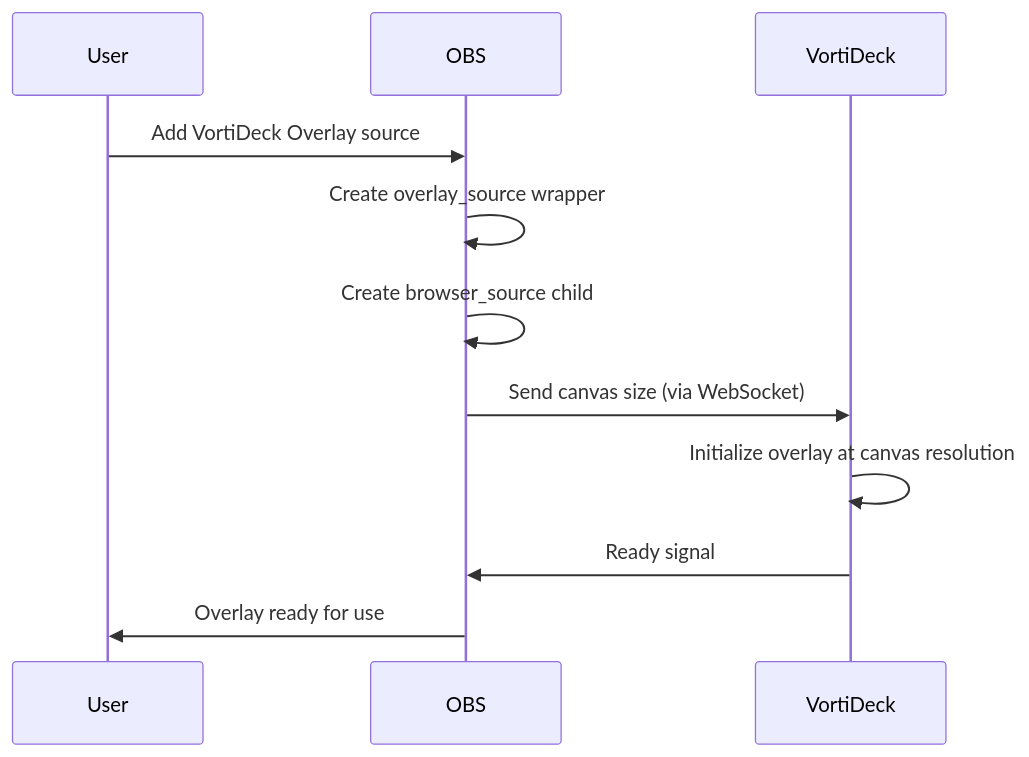
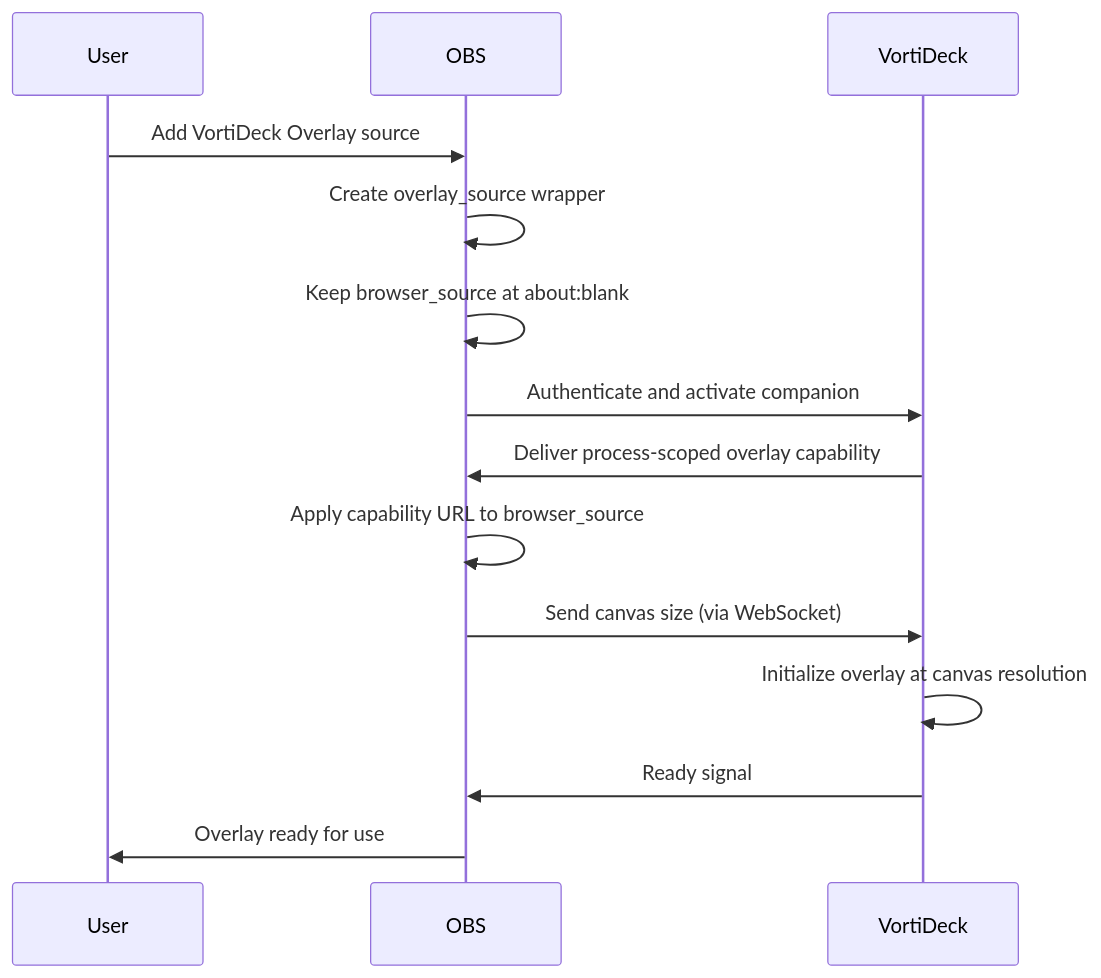
One commit to alexiokay/OBS-Custom-Websocket-Plugin changed the second of 4 diagrams in obs_plugin/docs/OVERLAY_SYSTEM.md. Above: the diagram before and after it, drawn with Mermaid. The commit also changed other lines of this file and 6 other files, not shown here.

````diff
--- a/obs_plugin/docs/OVERLAY_SYSTEM.md
+++ b/obs_plugin/docs/OVERLAY_SYSTEM.md
@@ -55,14 +55,17 @@
 ```mermaid
 sequenceDiagram
     participant U as User
     participant O as OBS
     participant V as VortiDeck
     
     U->>O: Add VortiDeck Overlay source
     O->>O: Create overlay_source wrapper
-    O->>O: Create browser_source child
+    O->>O: Keep browser_source at about:blank
+    O->>V: Authenticate and activate companion
+    V->>O: Deliver process-scoped overlay capability
+    O->>O: Apply capability URL to browser_source
     O->>V: Send canvas size (via WebSocket)
     V->>V: Initialize overlay at canvas resolution
     V->>O: Ready signal
     O->>U: Overlay ready for use
 ```
````
